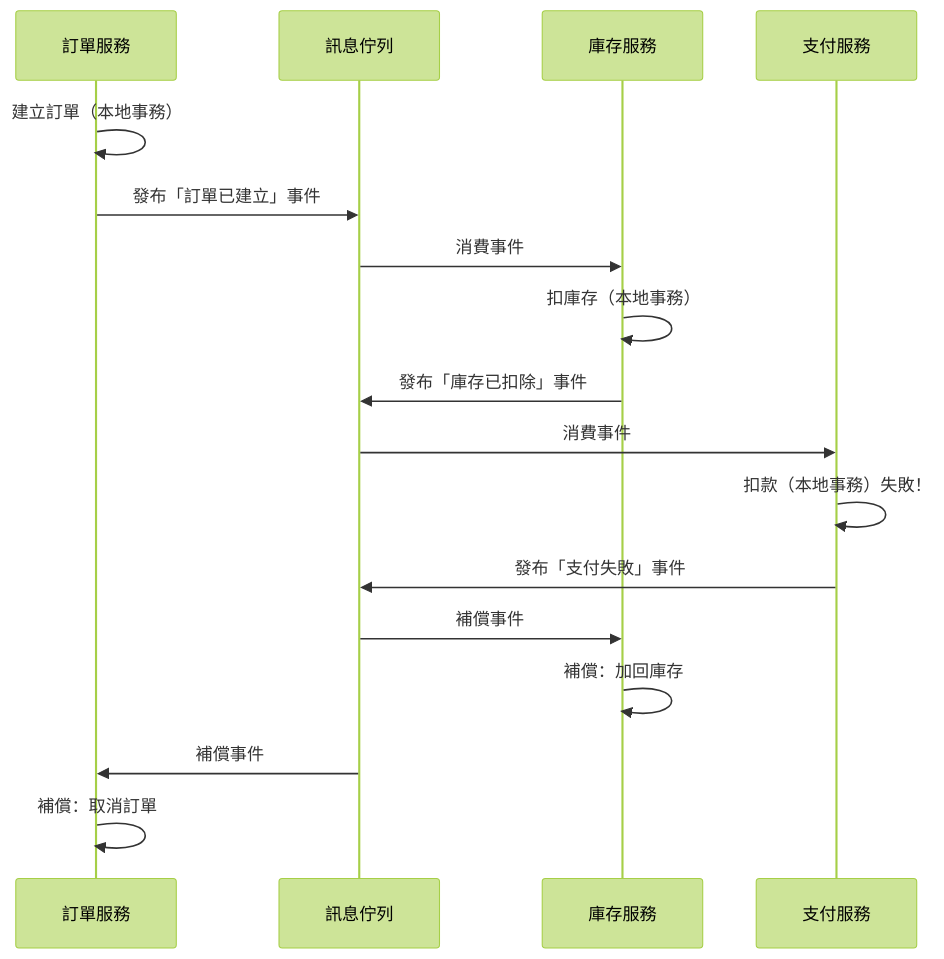
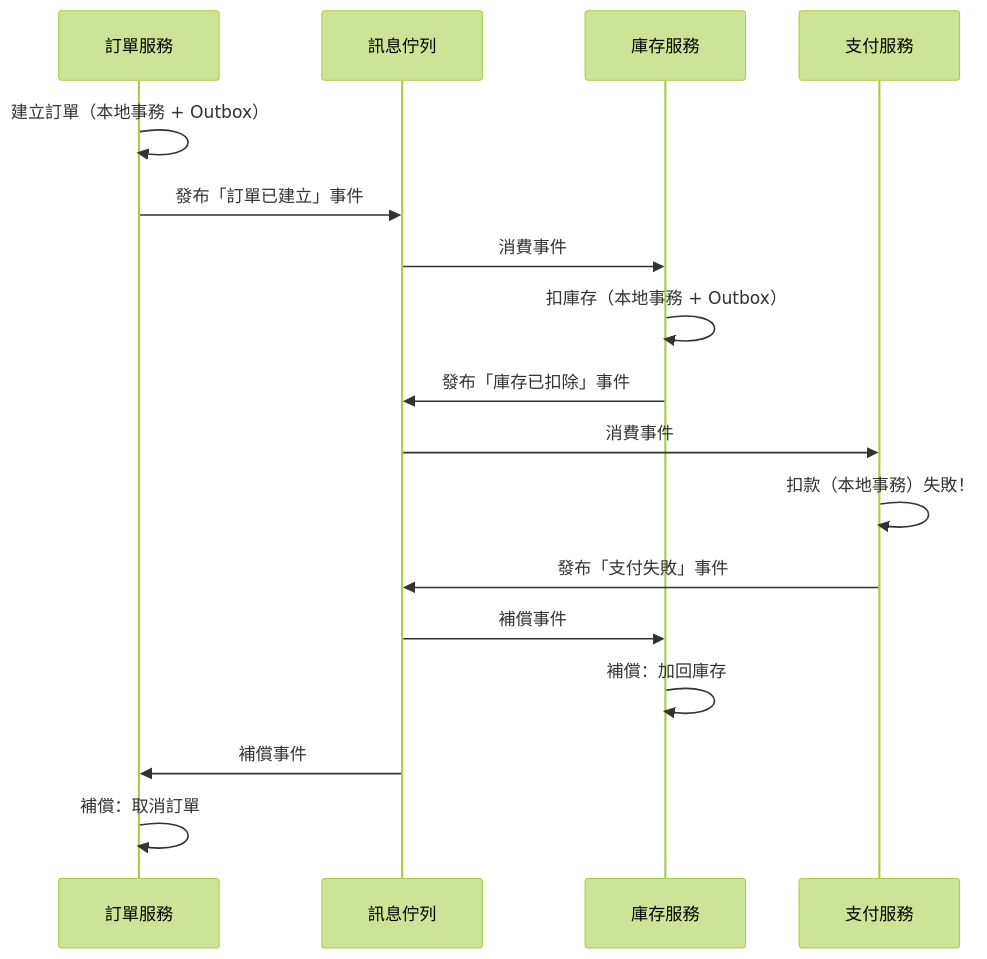
Before and after one commit to henry-tpwong/postgresql_note: diagram 27 of 37 in transaction/transaction.md, drawn with Mermaid (forest theme). The commit also changed other lines of this file, not shown here.

First line of the commit message:
docs(transaction): 大幅擴充 Saga/Outbox/MassTransit 實作指南

````diff
--- a/transaction/transaction.md
+++ b/transaction/transaction.md
@@ -1603,24 +1656,24 @@
 ```mermaid
 sequenceDiagram
     participant Order as 訂單服務
     participant MQ as 訊息佇列
     participant Inventory as 庫存服務
     participant Pay as 支付服務
 
-    Order->>Order: 建立訂單（本地事務）
+    Order->>Order: 建立訂單（本地事務 + Outbox）
     Order->>MQ: 發布「訂單已建立」事件
 
     MQ->>Inventory: 消費事件
-    Inventory->>Inventory: 扣庫存（本地事務）
+    Inventory->>Inventory: 扣庫存（本地事務 + Outbox）
     Inventory->>MQ: 發布「庫存已扣除」事件
 
     MQ->>Pay: 消費事件
     Pay->>Pay: 扣款（本地事務）失敗！
     Pay->>MQ: 發布「支付失敗」事件
 
     MQ->>Inventory: 補償事件
     Inventory->>Inventory: 補償：加回庫存
 
     MQ->>Order: 補償事件
     Order->>Order: 補償：取消訂單
 ```
````
